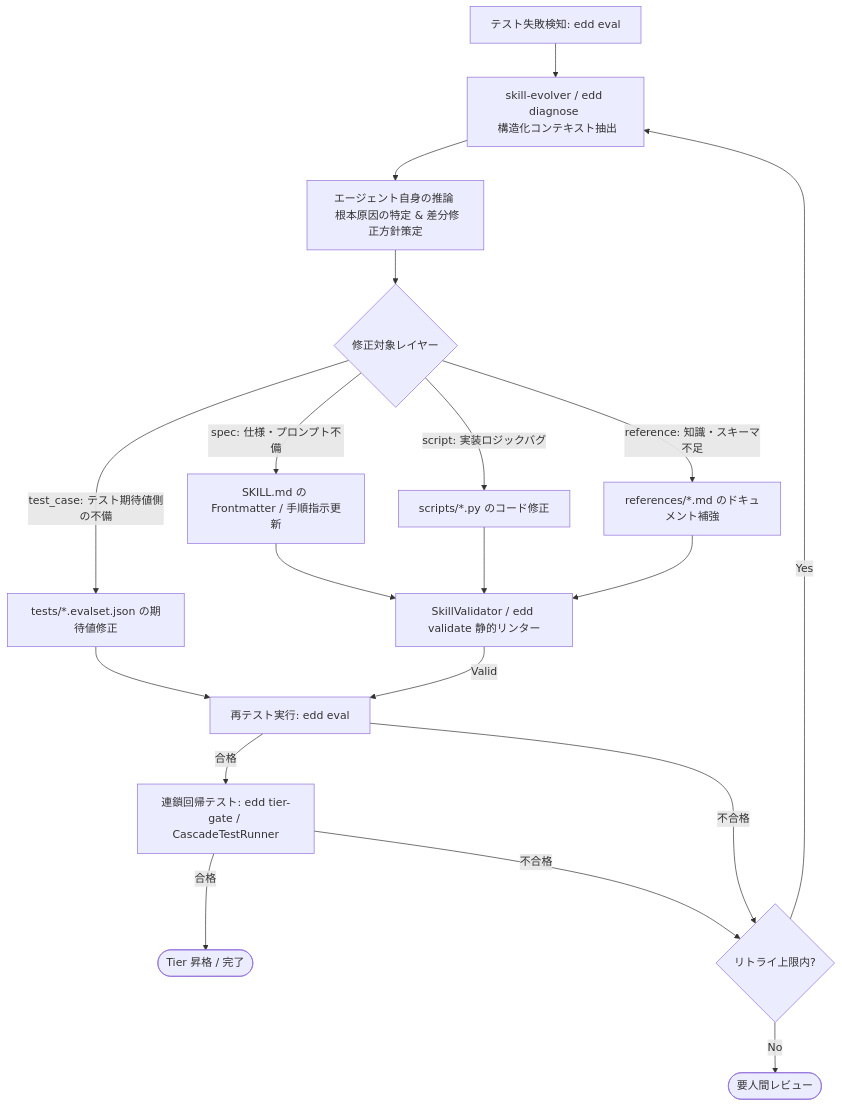
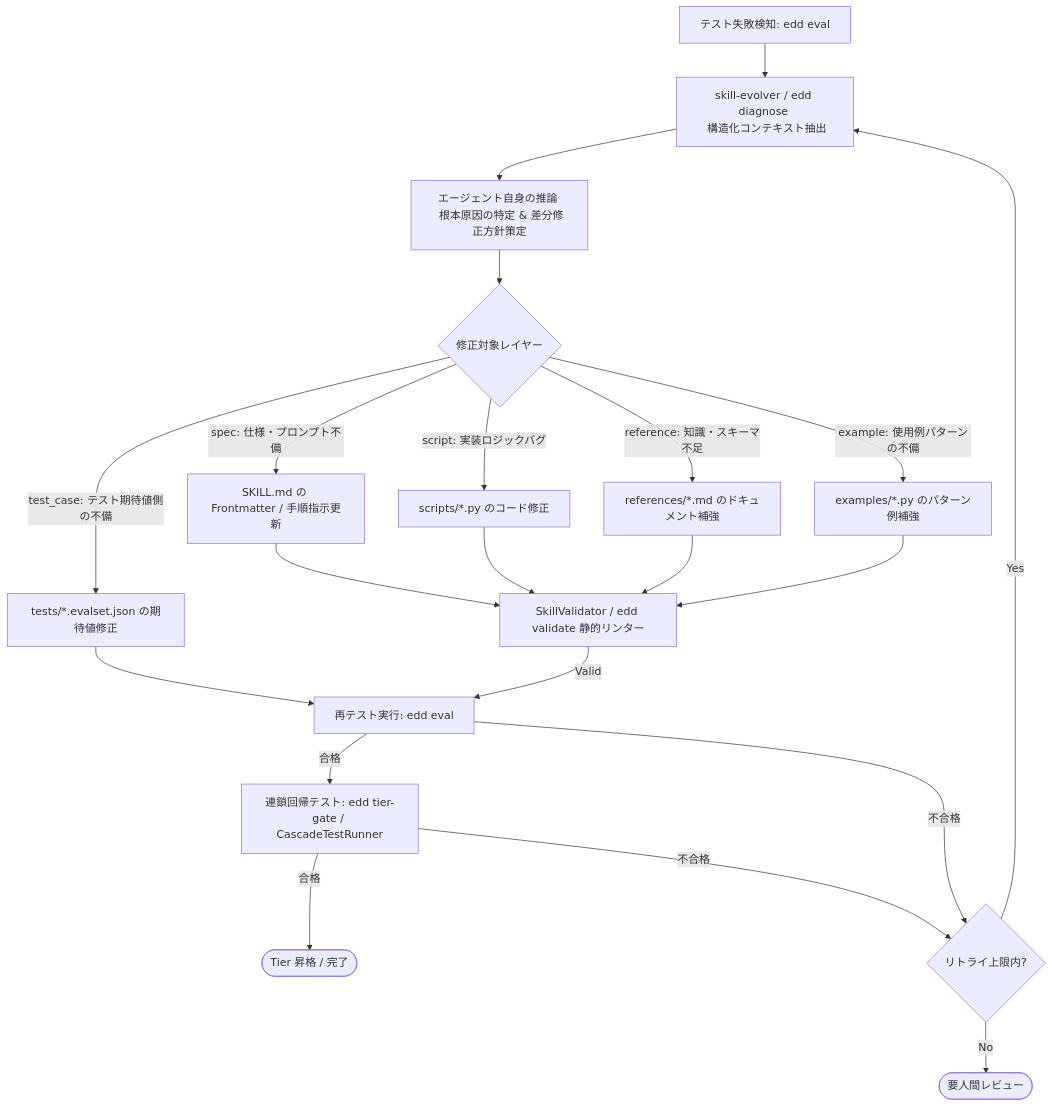
One commit to magic-sword/skill-edd-agent changed the second of 2 diagrams in self_improving_architecture_memo.md. Above: the diagram before and after it, drawn with Mermaid. The commit also changed other lines of this file and 26 other files, not shown here.

````diff
--- a/self_improving_architecture_memo.md
+++ b/self_improving_architecture_memo.md
@@ -49,27 +49,29 @@
 ```mermaid
 flowchart TD
     Err[テスト失敗検知: edd eval] --> Diagnoser[skill-evolver / edd diagnose <br/> 構造化コンテキスト抽出]
     
     Diagnoser --> AgentBrain[エージェント自身の推論 <br/> 根本原因の特定 & 差分修正方針策定]
     
     AgentBrain --> Route{修正対象レイヤー}
     
     Route -->|spec: 仕様・プロンプト不備| UpdateSpec[SKILL.md の Frontmatter / 手順指示更新]
     Route -->|script: 実装ロジックバグ| UpdateScript[scripts/*.py のコード修正]
     Route -->|reference: 知識・スキーマ不足| UpdateRef[references/*.md のドキュメント補強]
+    Route -->|example: 使用例パターンの不備| UpdateEx[examples/*.py のパターン例補強]
     Route -->|test_case: テスト期待値側の不備| UpdateTest[tests/*.evalset.json の期待値修正]
     
     UpdateSpec --> Validator[SkillValidator / edd validate 静的リンター]
     UpdateScript --> Validator
     UpdateRef --> Validator
+    UpdateEx --> Validator
     UpdateTest --> ReTest[再テスト実行: edd eval]
     
     Validator -->|Valid| ReTest
     
     ReTest -->|合格| Cascade[連鎖回帰テスト: edd tier-gate / CascadeTestRunner]
     Cascade -->|合格| Success([Tier 昇格 / 完了])
     Cascade -->|不合格| Retry{リトライ上限内?}
     ReTest -->|不合格| Retry
     Retry -->|Yes| Diagnoser
     Retry -->|No| Failed([要人間レビュー])
 ```
````
